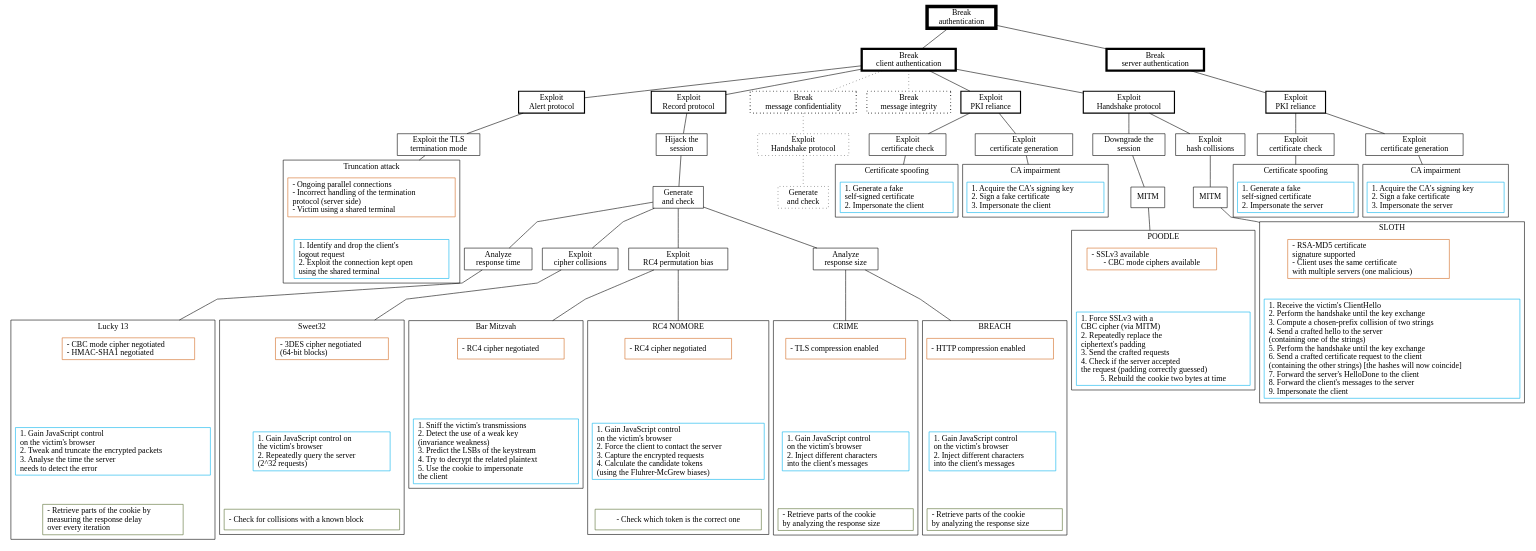
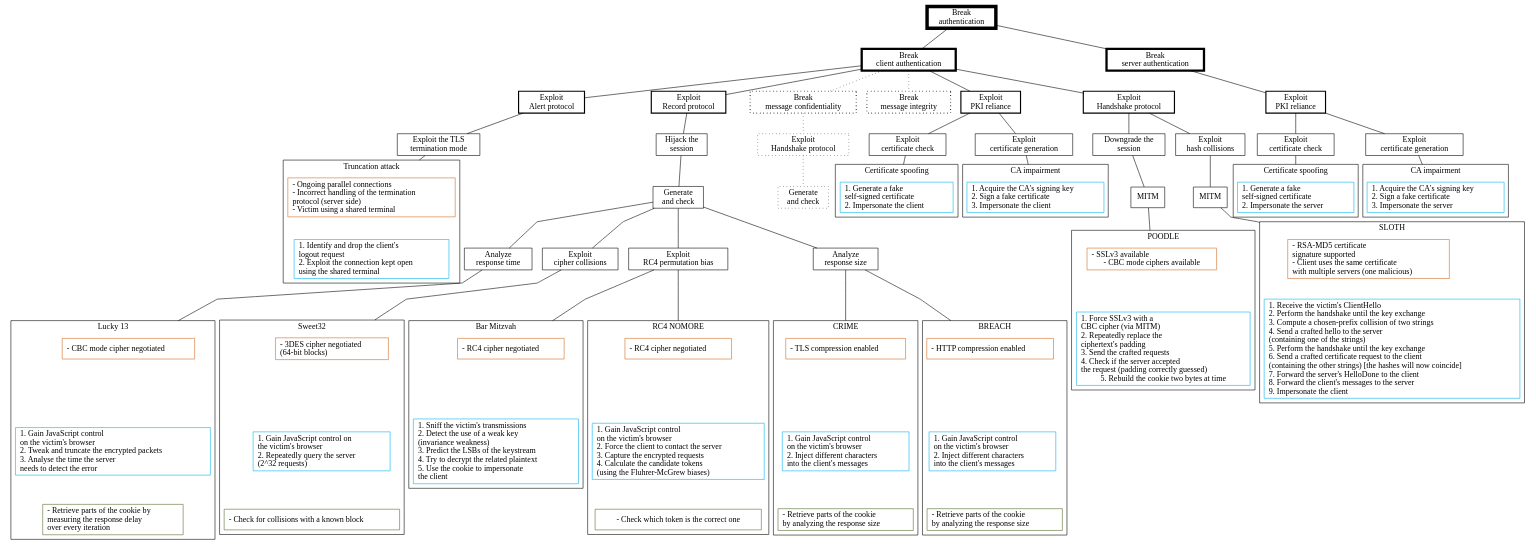
The diagram in Evaluator/AttackTrees/BreakAuthentication.dot (stfbk/tlsassistant), drawn with Graphviz before and after one commit.

```diff
--- a/Evaluator/AttackTrees/BreakAuthentication.dot
+++ b/Evaluator/AttackTrees/BreakAuthentication.dot
@@ -60,7 +60,7 @@
 "auth_breach_2" [label = "1. Gain JavaScript control\lon the victim's browser\l2. Inject different characters\linto the client's messages\l"][color=deepskyblue2]
 "auth_breach_3" [label = "- Retrieve parts of the cookie\lby analyzing the response size\l"][color=darkolivegreen]
 
-"auth_lucky_1" [label = "- CBC mode cipher negotiated\l- HMAC-SHA1 negotiated\l"][color=chocolate]
+"auth_lucky_1" [label = "- CBC mode cipher negotiated\l"][color=chocolate]
 "auth_lucky_2" [label = "1. Gain JavaScript control\lon the victim's browser\l2. Tweak and truncate the encrypted packets\l3. Analyse the time the server\l needs to detect the error\l"][color=deepskyblue2]
 "auth_lucky_3" [label = "- Retrieve parts of the cookie by\lmeasuring the response delay\lover every iteration\l"][color=darkolivegreen]
 
```
